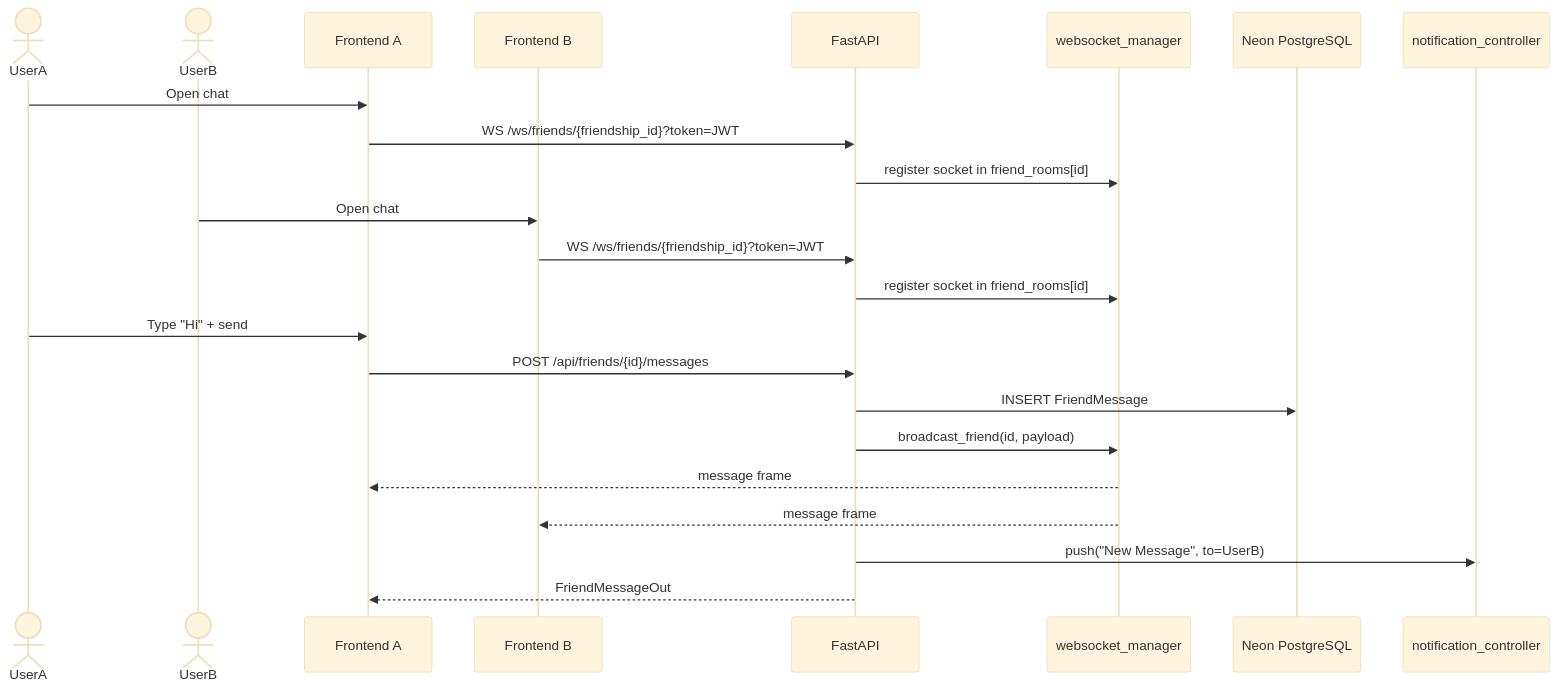
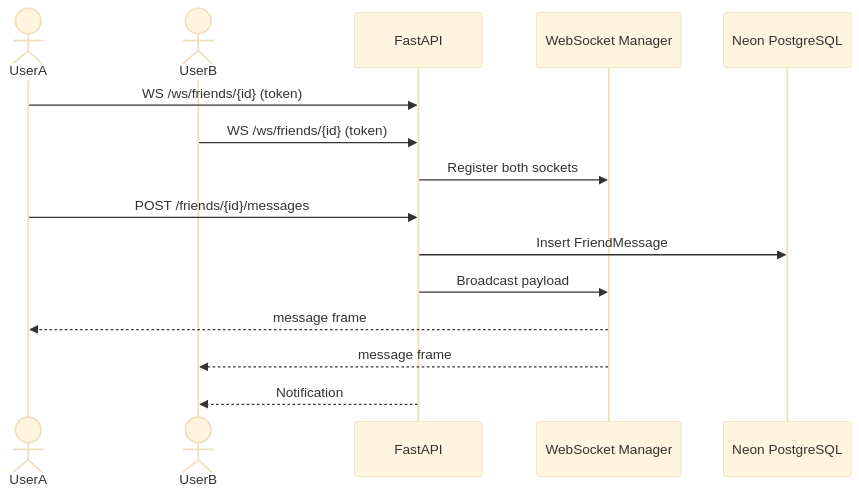
Before and after one commit to yazidha09/Hub4Learners: the third of 4 diagrams in docs/sprints/SPRINT_5.md, drawn with Mermaid (base theme). The commit also changed other lines of this file and 14 other files, not shown here.

````diff
--- a/docs/sprints/SPRINT_5.md
+++ b/docs/sprints/SPRINT_5.md
@@ -191,27 +149,19 @@
 ```mermaid
 sequenceDiagram
     actor UserA
     actor UserB
-    participant FE_A as Frontend A
-    participant FE_B as Frontend B
-    participant FastAPI
-    participant WS as websocket_manager
+    participant API as FastAPI
+    participant WS as WebSocket Manager
     participant DB as Neon PostgreSQL
-    participant Notif as notification_controller
 
-    UserA->>FE_A: Open chat
-    FE_A->>FastAPI: WS /ws/friends/{friendship_id}?token=JWT
-    FastAPI->>WS: register socket in friend_rooms[id]
-    UserB->>FE_B: Open chat
-    FE_B->>FastAPI: WS /ws/friends/{friendship_id}?token=JWT
-    FastAPI->>WS: register socket in friend_rooms[id]
+    UserA->>API: WS /ws/friends/{id} (token)
+    UserB->>API: WS /ws/friends/{id} (token)
+    API->>WS: Register both sockets
 
-    UserA->>FE_A: Type "Hi" + send
-    FE_A->>FastAPI: POST /api/friends/{id}/messages
-    FastAPI->>DB: INSERT FriendMessage
-    FastAPI->>WS: broadcast_friend(id, payload)
-    WS-->>FE_A: message frame
-    WS-->>FE_B: message frame
-    FastAPI->>Notif: push("New Message", to=UserB)
-    FastAPI-->>FE_A: FriendMessageOut
+    UserA->>API: POST /friends/{id}/messages
+    API->>DB: Insert FriendMessage
+    API->>WS: Broadcast payload
+    WS-->>UserA: message frame
+    WS-->>UserB: message frame
+    API-->>UserB: Notification
 ```
````
